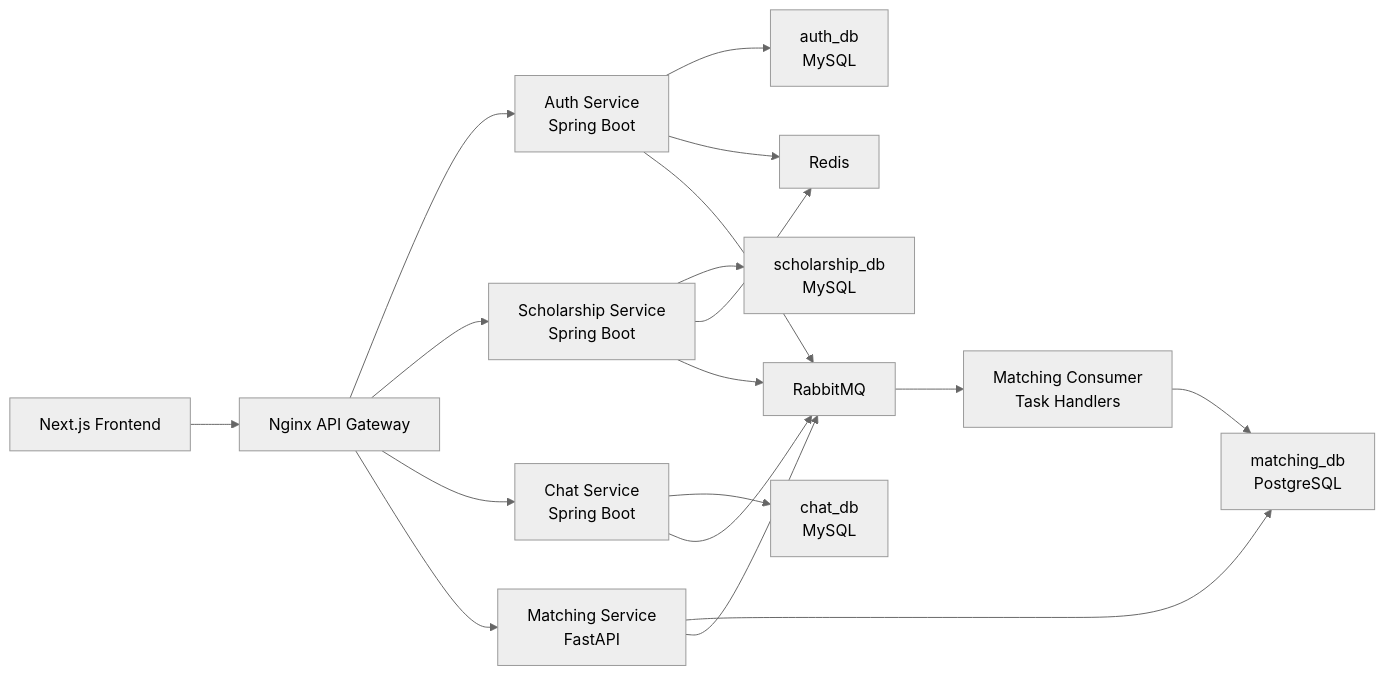
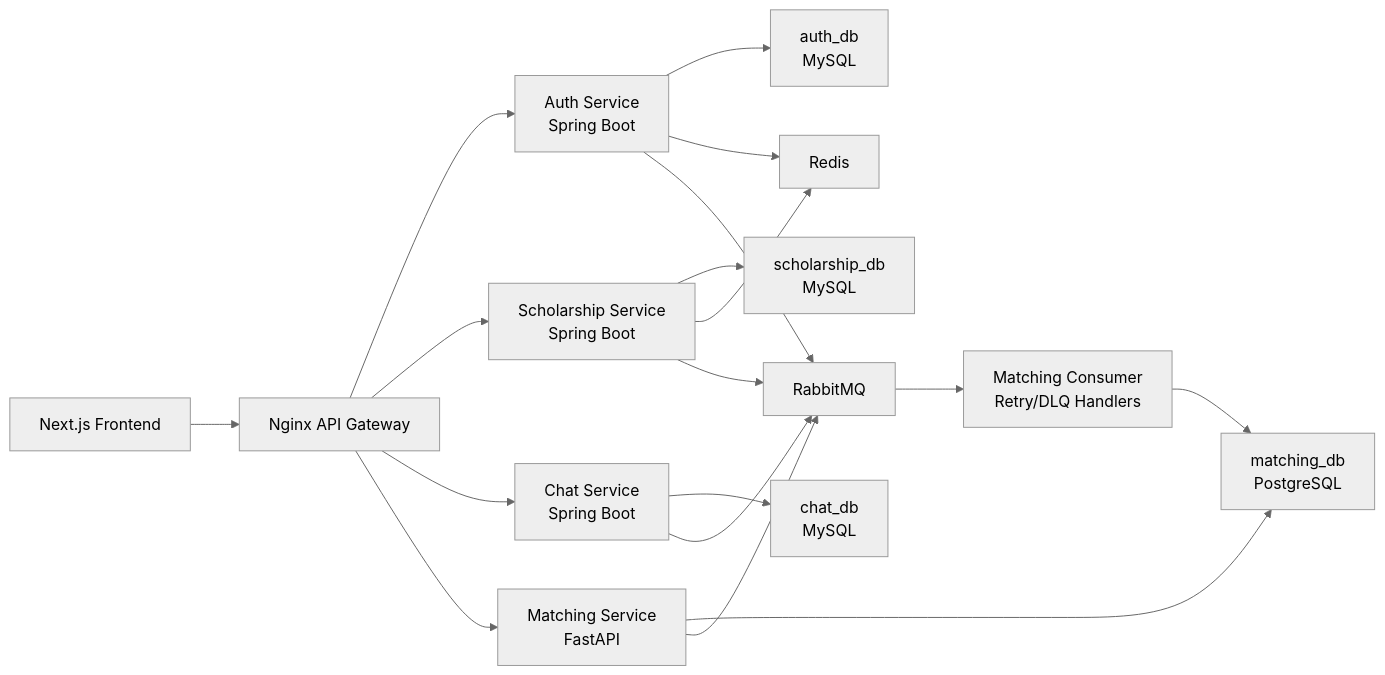
One commit to hunter875/edumatch-production changed the diagram in README.md. Above: the diagram before and after it, drawn with Mermaid (neutral theme). The commit also changed other lines of this file and 3 other files, not shown here.

````diff
--- a/README.md
+++ b/README.md
@@ -39,23 +39,23 @@
 ```mermaid
 flowchart LR
     FE["Next.js Frontend"] --> GW["Nginx API Gateway"]
 
     GW --> AUTH["Auth Service<br/>Spring Boot"]
     GW --> SCH["Scholarship Service<br/>Spring Boot"]
     GW --> CHAT["Chat Service<br/>Spring Boot"]
     GW --> MATCH["Matching Service<br/>FastAPI"]
 
     AUTH --> AUTHDB["auth_db<br/>MySQL"]
     SCH --> SCHDB["scholarship_db<br/>MySQL"]
     CHAT --> CHATDB["chat_db<br/>MySQL"]
     MATCH --> MATCHDB["matching_db<br/>PostgreSQL"]
 
     AUTH --> REDIS["Redis"]
     SCH --> REDIS
     AUTH --> MQ["RabbitMQ"]
     SCH --> MQ
     CHAT --> MQ
     MATCH --> MQ
-    MQ --> WORKER["Matching Consumer<br/>Task Handlers"]
+    MQ --> WORKER["Matching Consumer<br/>Retry/DLQ Handlers"]
     WORKER --> MATCHDB
 ```
````
